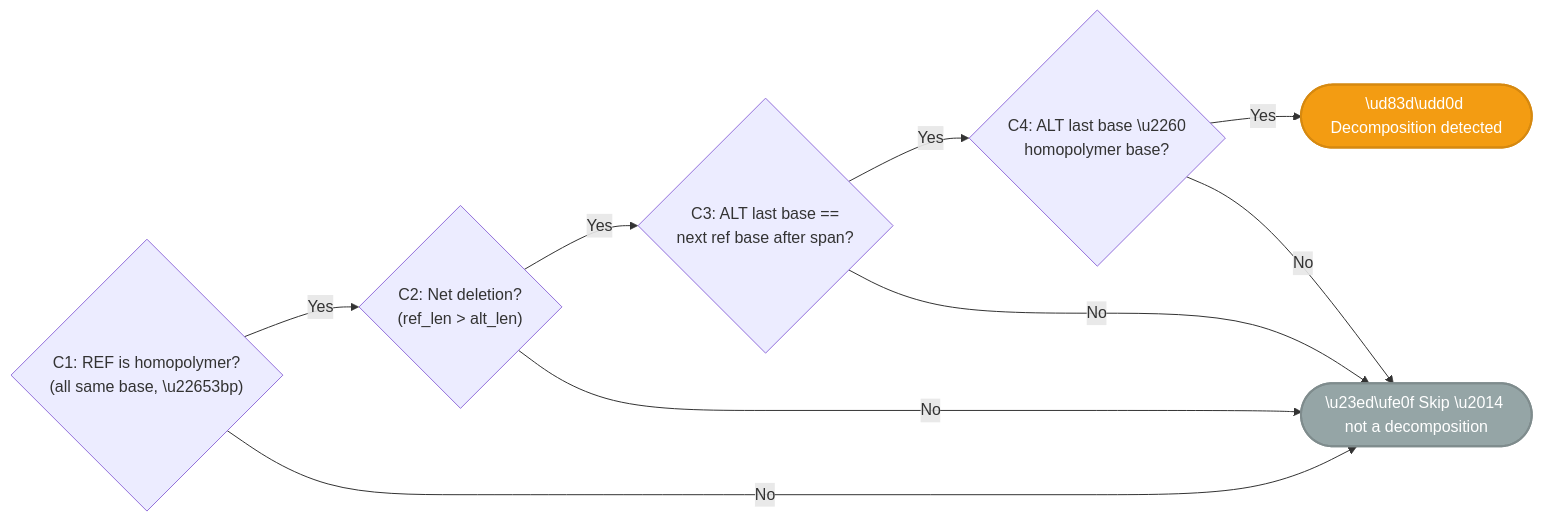
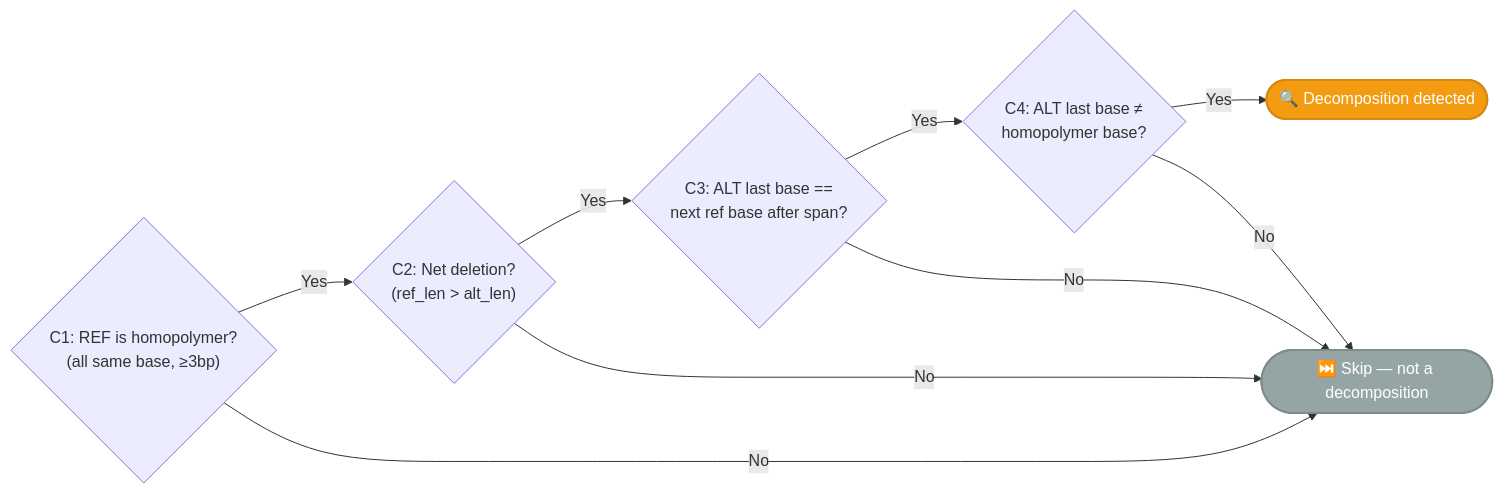
Before and after one commit to msk-access/gbcms: the fourth of 5 diagrams in docs/reference/variant-normalization.md, drawn with Mermaid. The commit also changed other lines of this file and 4 other files, not shown here.

````diff
--- a/docs/reference/variant-normalization.md
+++ b/docs/reference/variant-normalization.md
@@ -177,22 +177,22 @@
 ```mermaid
 flowchart LR
-    C1{"C1: REF is homopolymer?\n(all same base, \u22653bp)"}
+    C1{"C1: REF is homopolymer?\n(all same base, ≥3bp)"}
     C2{"C2: Net deletion?\n(ref_len > alt_len)"}
     C3{"C3: ALT last base ==\nnext ref base after span?"}
-    C4{"C4: ALT last base \u2260\nhomopolymer base?"}
-    Detected(["\ud83d\udd0d Decomposition detected"]):::detect
-    Skip(["\u23ed\ufe0f Skip \u2014 not a decomposition"]):::skip
+    C4{"C4: ALT last base ≠\nhomopolymer base?"}
+    Detected(["🔍 Decomposition detected"]):::detect
+    Skip(["⏭️ Skip — not a decomposition"]):::skip
 
     C1 -->|Yes| C2
     C2 -->|Yes| C3
     C3 -->|Yes| C4
     C4 -->|Yes| Detected
 
     C1 -->|No| Skip
     C2 -->|No| Skip
     C3 -->|No| Skip
     C4 -->|No| Skip
 
     classDef detect fill:#f39c12,color:#fff,stroke:#d68910,stroke-width:2px;
     classDef skip fill:#95a5a6,color:#fff,stroke:#7f8c8d,stroke-width:2px;
 ```
````
